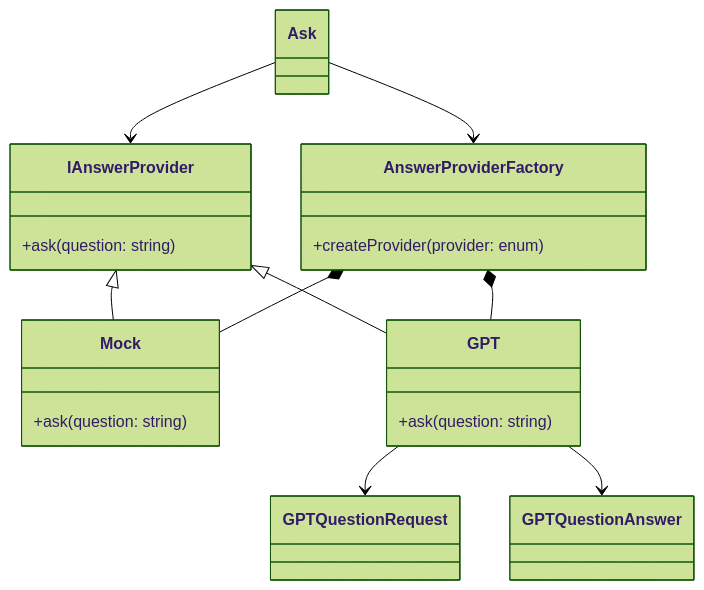
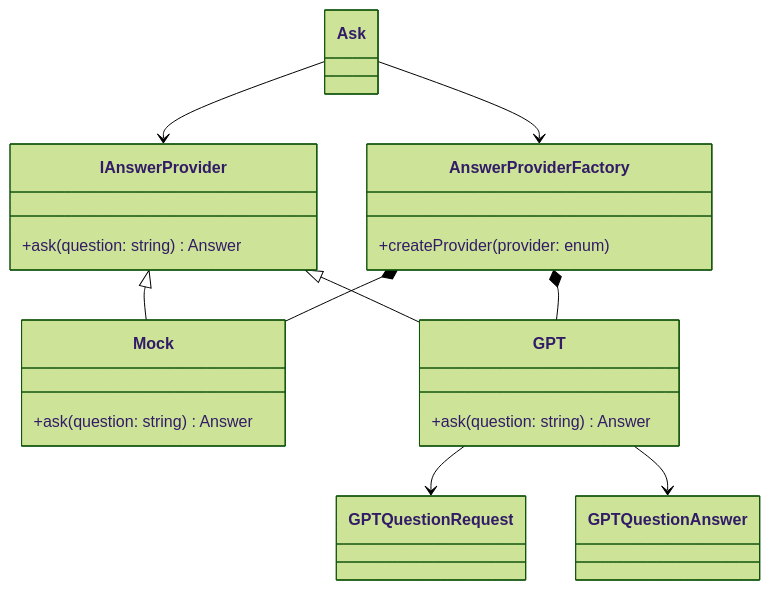
The second of 6 diagrams in readme.md (TheGreatShan/GPT-Cli), drawn with Mermaid (forest theme) before and after one commit. The commit also changed other lines of this file, not shown here.

Commit message:
Architectural changes

````diff
--- a/readme.md
+++ b/readme.md
@@ -42,43 +42,44 @@
 ```mermaid
 classDiagram
-  class Ask
+  class Ask{
+      
+  }
   class IAnswerProvider
   class Mock
   class GPT
   class AnswerProviderFactory
 
   Ask --> IAnswerProvider
   Ask --> AnswerProviderFactory
   IAnswerProvider <|-- Mock
   IAnswerProvider <|-- GPT
 
   AnswerProviderFactory *-- Mock
   AnswerProviderFactory *-- GPT
 
   GPT --> GPTQuestionRequest
   GPT --> GPTQuestionAnswer
-
   class AnswerProviderFactory{
         +createProvider(provider: enum)
   }
 
   class IAnswerProvider{
-        +ask(question: string)
+        +ask(question: string) Answer
   }
 
   class GPT{
-        +ask(question: string)
+        +ask(question: string) Answer
   }
 
   class Mock{
-        +ask(question: string)
+        +ask(question: string) Answer
   }
 
   class GPTQuestionRequest{
     
   }
 
   class GPTQuestionAnswer{
     
   }
 ```
````
